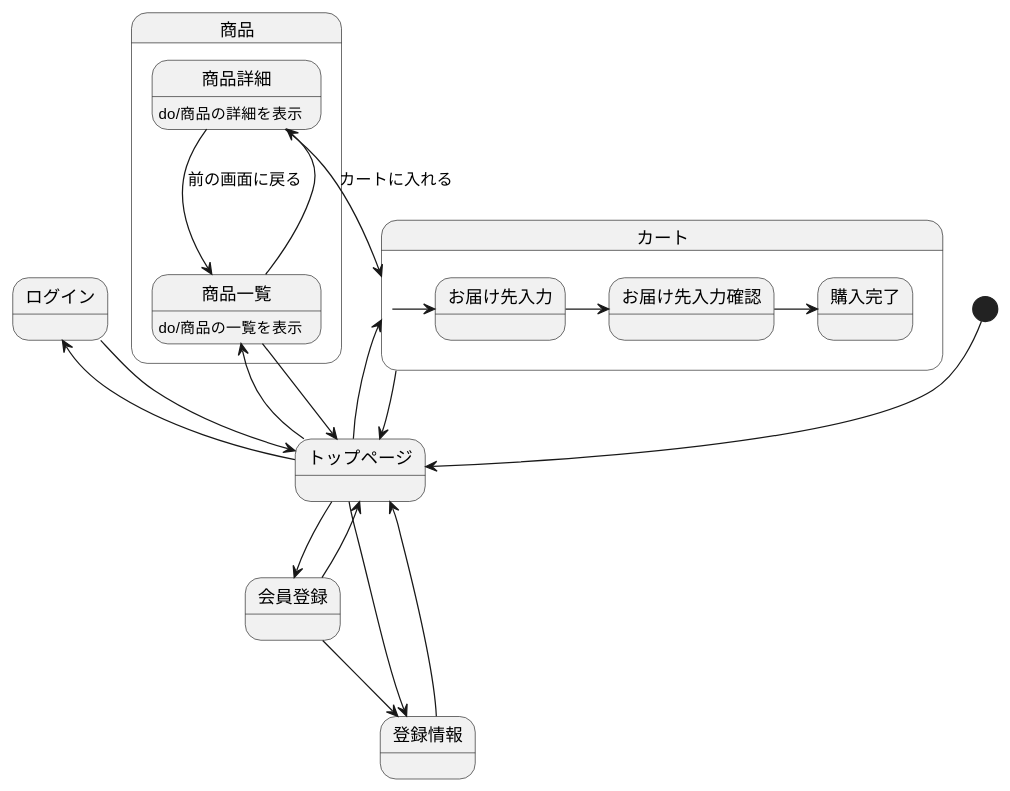
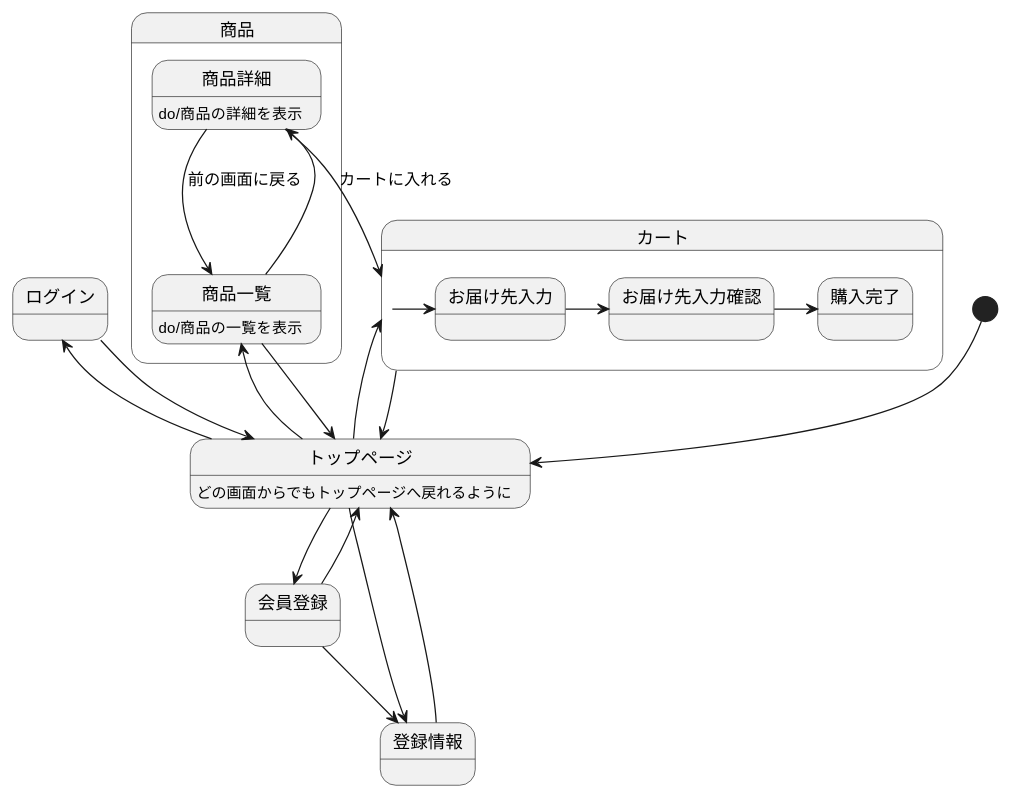
The diagram in stm01.md (aso2001190/sys2021-design), drawn with PlantUML before and after one commit.

````diff
--- a/stm01.md
+++ b/stm01.md
@@ -1,39 +1,39 @@
 ```uml
 @startuml
 
  state 商品 {
 商品詳細 : do/商品の詳細を表示
 商品一覧 : do/商品の一覧を表示
 }
-
+トップページ : どの画面からでもトップページへ戻れるように
 [*] --> トップページ
 トップページ -> 会員登録
 トップページ -left-> ログイン
 トップページ -left-> カート
 トップページ --> 登録情報
 トップページ --> 商品一覧
 
 
 会員登録 --> トップページ
 ログイン --> トップページ
 カート --> トップページ
 登録情報 --> トップページ
 商品一覧 --> トップページ
 
 
 
 商品一覧 --> 商品詳細 
 商品詳細 --> 商品一覧 : 前の画面に戻る
 商品詳細 --> カート : カートに入れる
 
 
 会員登録 --> 登録情報
 
 state カート {
 カート -> お届け先入力
 お届け先入力 -> お届け先入力確認
 お届け先入力確認 -> 購入完了
 }
 
 @enduml
 ```
````
